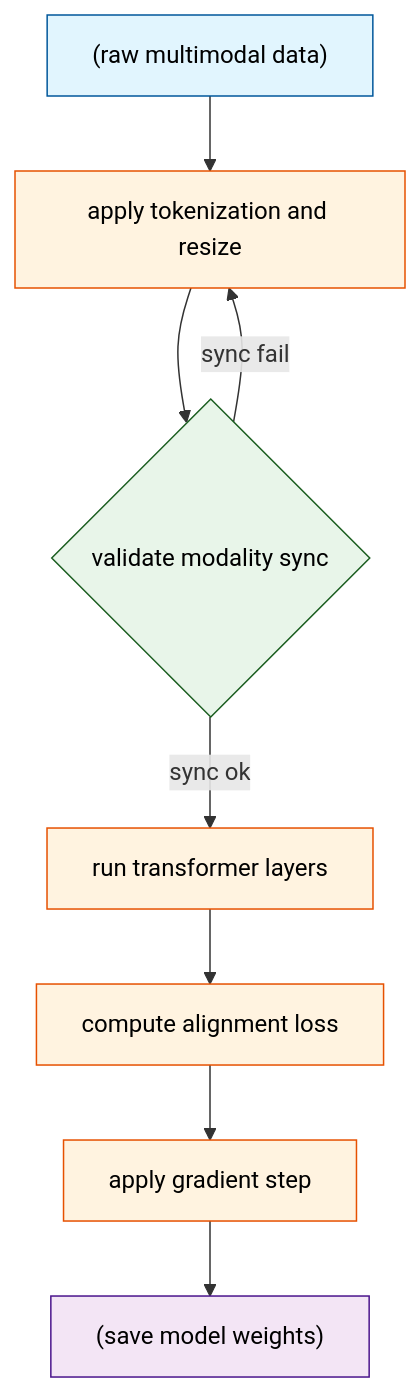
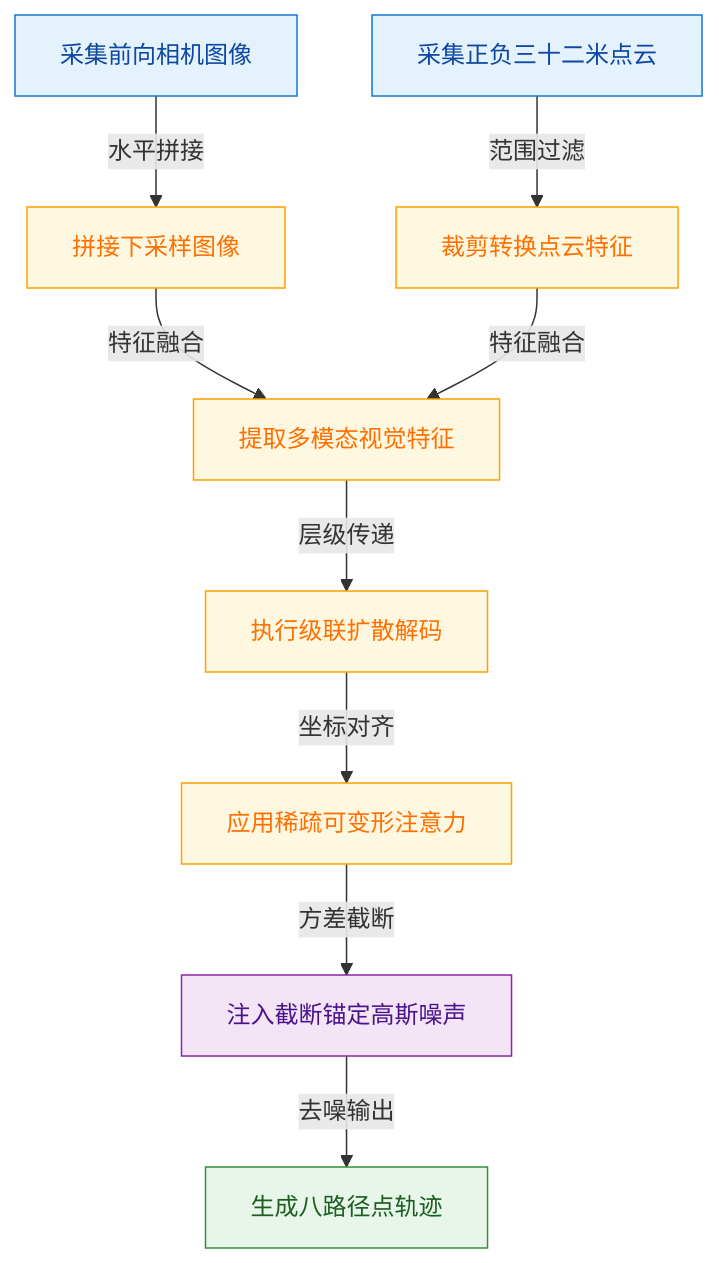
Before and after one commit to ShinewineW/paper-rolling: the eighth of 10 diagrams in person_vault/2026-06-08_DiffusionDrive_2411.15139/report.md, drawn with Mermaid. The commit also changed other lines of this file and 51 other files, not shown here.

````diff
--- a/person_vault/2026-06-08_DiffusionDrive_2411.15139/report.md
+++ b/person_vault/2026-06-08_DiffusionDrive_2411.15139/report.md
@@ -359,23 +541,16 @@
 ```mermaid
 flowchart TB
-  classDef input fill:#e1f5fe,stroke:#01579b,color:#000;
-  classDef process fill:#fff3e0,stroke:#e65100,color:#000;
-  classDef decision fill:#e8f5e9,stroke:#1b5e20,color:#000;
-  classDef output fill:#f3e5f5,stroke:#4a148c,color:#000;
+  classDef sensor fill:#e3f2fd,color:#0d47a1,stroke:#1976d2
+  classDef process fill:#fff8e1,color:#ff6f00,stroke:#ffa000
+  classDef config fill:#f3e5f5,color:#4a148c,stroke:#8e24aa
+  classDef output fill:#e8f5e9,color:#1b5e20,stroke:#388e3c
 
-  raw_data["(raw multimodal data)"]:::input
-  preprocess["apply tokenization and resize"]:::process
-  check_align{validate modality sync}:::decision
-  forward_pass["run transformer layers"]:::process
-  loss_calc["compute alignment loss"]:::process
-  update_weights["apply gradient step"]:::process
-  save_ckpt["(save model weights)"]:::output
-
-  raw_data --> preprocess
-  preprocess --> check_align
-  check_align -->|sync ok| forward_pass
-  check_align -->|sync fail| preprocess
-  forward_pass --> loss_calc
-  loss_calc --> update_weights
-  update_weights --> save_ckpt
+  capture_cam["采集前向相机图像"]:::sensor -->|水平拼接| concat_resize["拼接下采样图像"]:::process
+  capture_lidar["采集正负三十二米点云"]:::sensor -->|范围过滤| crop_range["裁剪转换点云特征"]:::process
+  concat_resize -->|特征融合| extract_feat["提取多模态视觉特征"]:::process
+  crop_range -->|特征融合| extract_feat
+  extract_feat -->|层级传递| run_decoder["执行级联扩散解码"]:::process
+  run_decoder -->|坐标对齐| apply_attention["应用稀疏可变形注意力"]:::process
+  apply_attention -->|方差截断| inject_noise["注入截断锚定高斯噪声"]:::config
+  inject_noise -->|去噪输出| generate_traj["生成八路径点轨迹"]:::output
 ```
````
